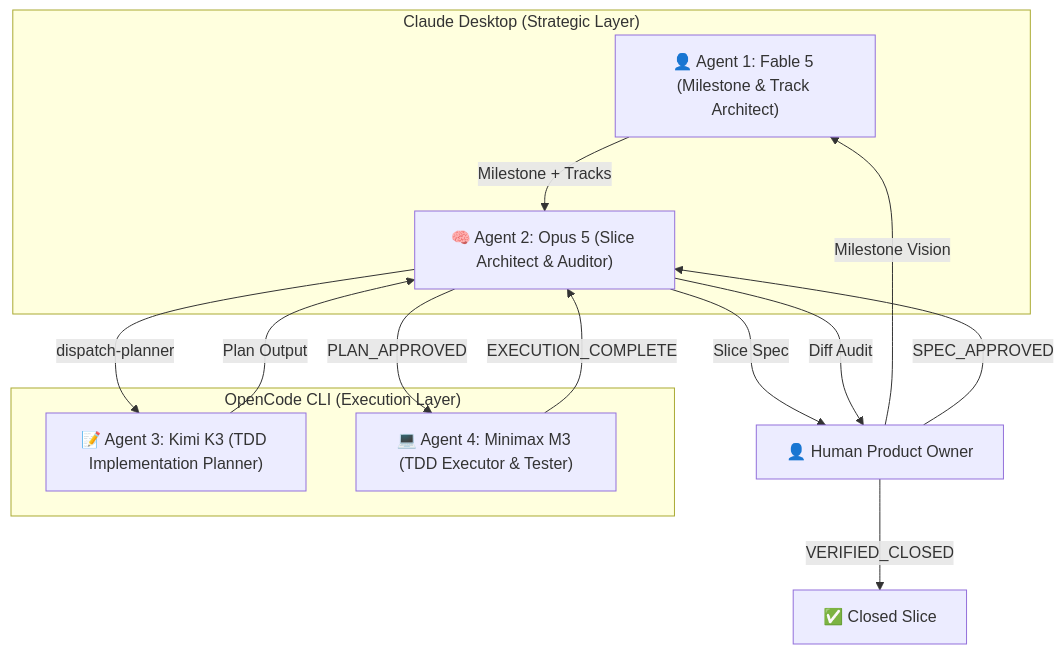
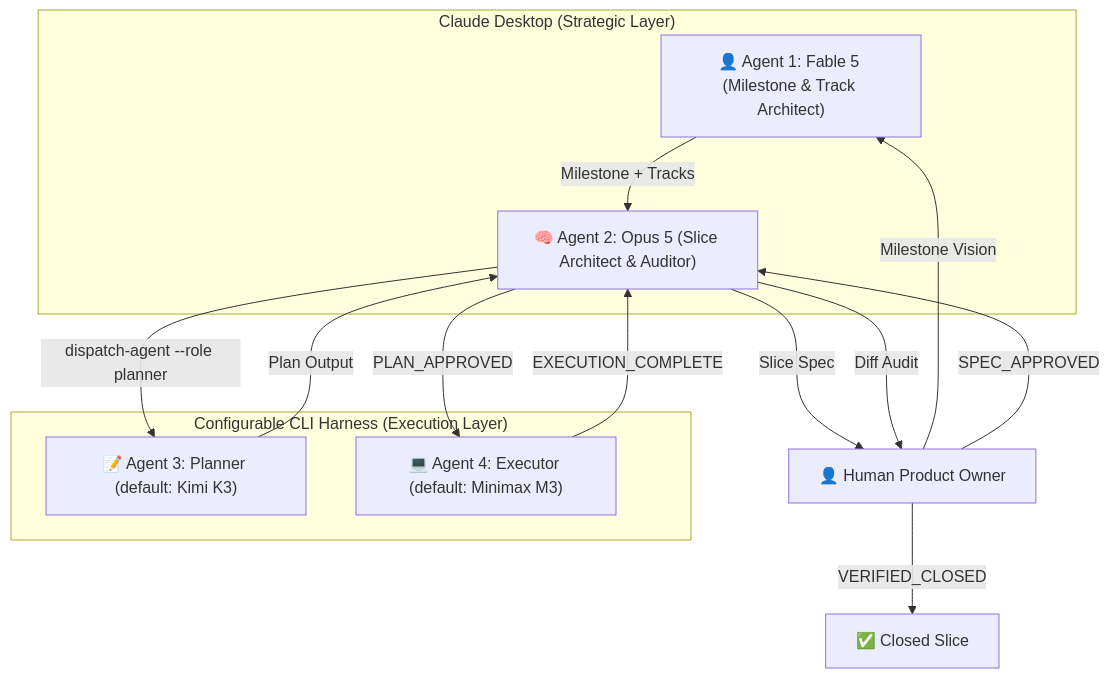
One commit to ramil-zakirov-dev/superpowers-multiagents changed the diagram in README.md. Above: the diagram before and after it, drawn with Mermaid. The commit also changed other lines of this file and 16 other files, not shown here.

First line of the commit message:
refactor: SOLID decomposition — configurable multi-agent architecture

````diff
--- a/README.md
+++ b/README.md
@@ -57,24 +50,24 @@
 ```mermaid
 flowchart TD
     subgraph GUI ["Claude Desktop (Strategic Layer)"]
         A1["👤 Agent 1: Fable 5 (Milestone & Track Architect)"]
         A2["🧠 Agent 2: Opus 5 (Slice Architect & Auditor)"]
     end
 
-    subgraph CLI ["OpenCode CLI (Execution Layer)"]
-        A3["📝 Agent 3: Kimi K3 (TDD Implementation Planner)"]
-        A4["💻 Agent 4: Minimax M3 (TDD Executor & Tester)"]
+    subgraph CLI ["Configurable CLI Harness (Execution Layer)"]
+        A3["📝 Agent 3: Planner (default: Kimi K3)"]
+        A4["💻 Agent 4: Executor (default: Minimax M3)"]
     end
 
     Human["👤 Human Product Owner"] -->|"Milestone Vision"| A1
     A1 -->|"Milestone + Tracks"| A2
     A2 -->|"Slice Spec"| Human
     Human -->|"SPEC_APPROVED"| A2
 
-    A2 -->|"dispatch-planner"| A3
+    A2 -->|"dispatch-agent --role planner"| A3
     A3 -->|"Plan Output"| A2
     A2 -->|"PLAN_APPROVED"| A4
     A4 -->|"EXECUTION_COMPLETE"| A2
     A2 -->|"Diff Audit"| Human
     Human -->|"VERIFIED_CLOSED"| Done["✅ Closed Slice"]
 ```
````
